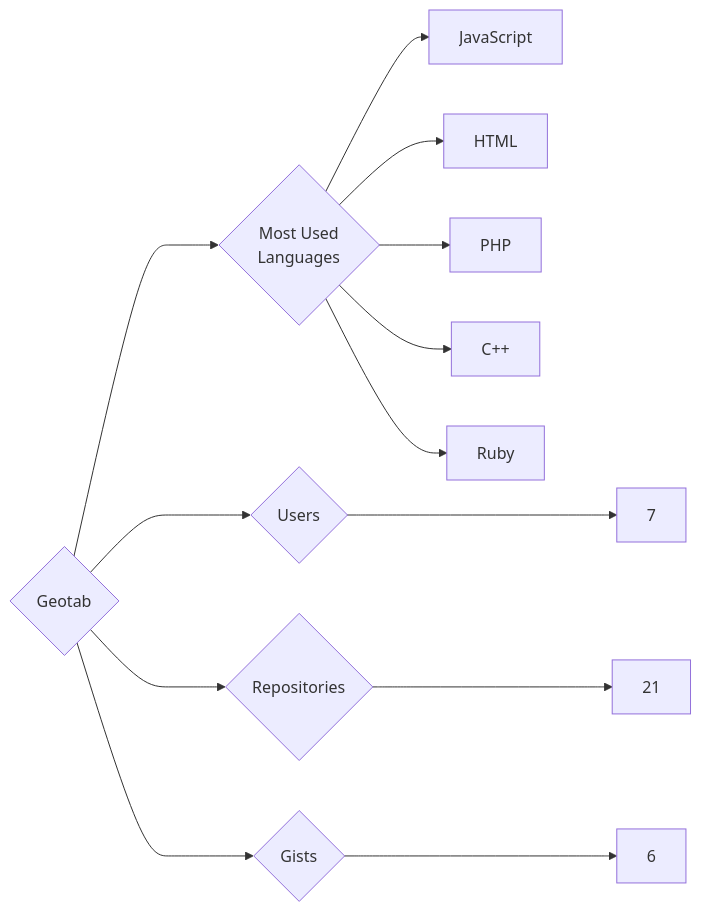
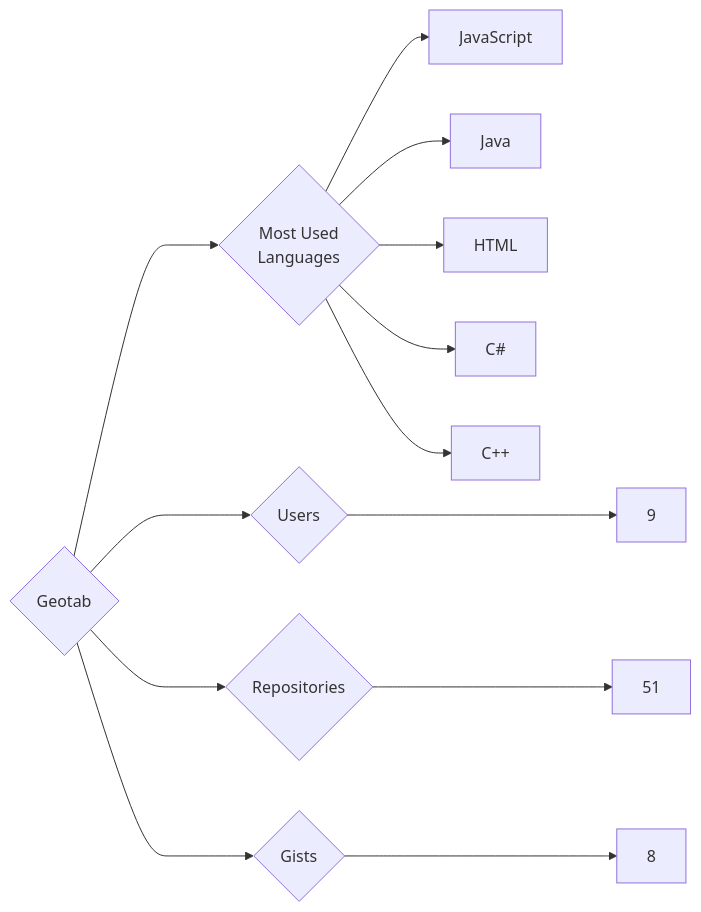
Before and after one commit to trickest/insiders: the diagram in targets/Geotab/README.md, drawn with Mermaid. The commit also changed 1195 other files, not shown here.

````diff
--- a/targets/Geotab/README.md
+++ b/targets/Geotab/README.md
@@ -3,13 +3,13 @@
 ```mermaid
 graph LR
 COMPANY_NAME{Geotab}
-COMPANY_NAME ---> U{Users} ---> UN[7]
-COMPANY_NAME ---> R{Repositories} ---> RN[21]
-COMPANY_NAME ---> G{Gists} ---> GN[6]
+COMPANY_NAME ---> U{Users} ---> UN[9]
+COMPANY_NAME ---> R{Repositories} ---> RN[51]
+COMPANY_NAME ---> G{Gists} ---> GN[8]
 COMPANY_NAME ---> ML{Most Used<br>Languages}
 ML --> JavaScript[JavaScript]
+ML --> Java[Java]
 ML --> HTML[HTML]
-ML --> PHP[PHP]
+ML --> C#[C#]
 ML --> C++[C++]
-ML --> Ruby[Ruby]
 ```
````
